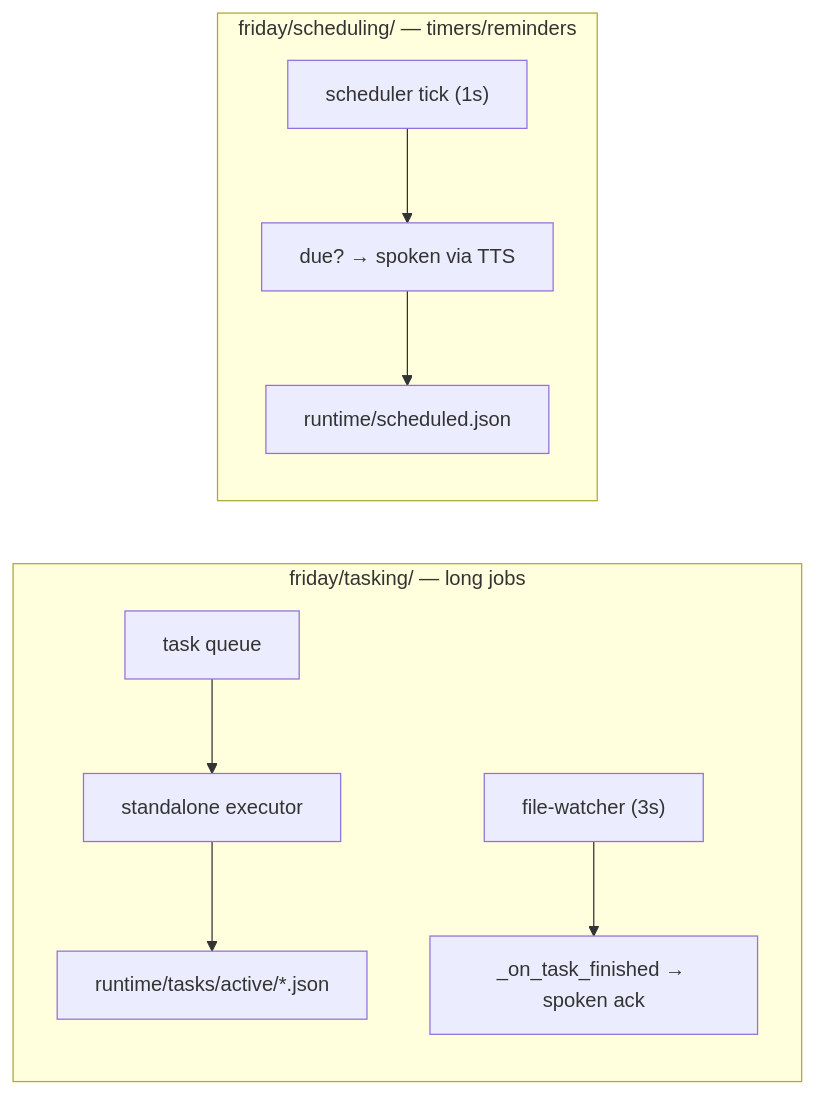
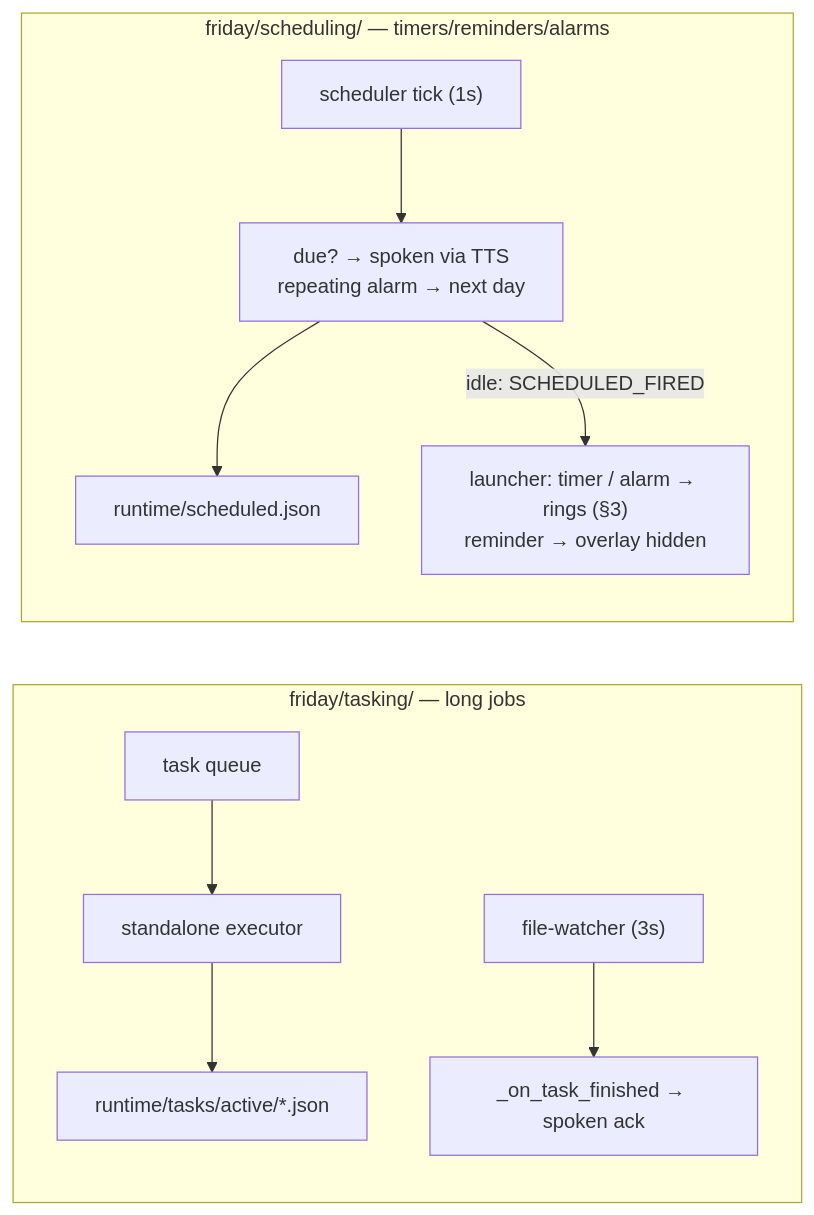
Before and after one commit to shivanshpayak/friday-tony-stark-demo: the tenth of 10 diagrams in ARCHITECTURE.md, drawn with Mermaid. The commit also changed other lines of this file and 41 other files, not shown here.

````diff
--- a/ARCHITECTURE.md
+++ b/ARCHITECTURE.md
@@ -578,10 +713,11 @@
 ```mermaid
 flowchart LR
     subgraph Tasking["friday/tasking/ — long jobs"]
         Q["task queue"] --> EX["standalone executor"] --> J["runtime/tasks/active/*.json"]
         WATCH["file-watcher (3s)"] --> CB["_on_task_finished → spoken ack"]
     end
-    subgraph Sched["friday/scheduling/ — timers/reminders"]
-        TICK["scheduler tick (1s)"] --> FIRE["due? → spoken via TTS"] --> STORE["runtime/scheduled.json"]
+    subgraph Sched["friday/scheduling/ — timers/reminders/alarms"]
+        TICK["scheduler tick (1s)"] --> FIRE["due? → spoken via TTS<br/>repeating alarm → next day"] --> STORE["runtime/scheduled.json"]
+        FIRE -->|"idle: SCHEDULED_FIRED"| RING["launcher: timer / alarm → rings (§3)<br/>reminder → overlay hidden"]
     end
 ```
````
